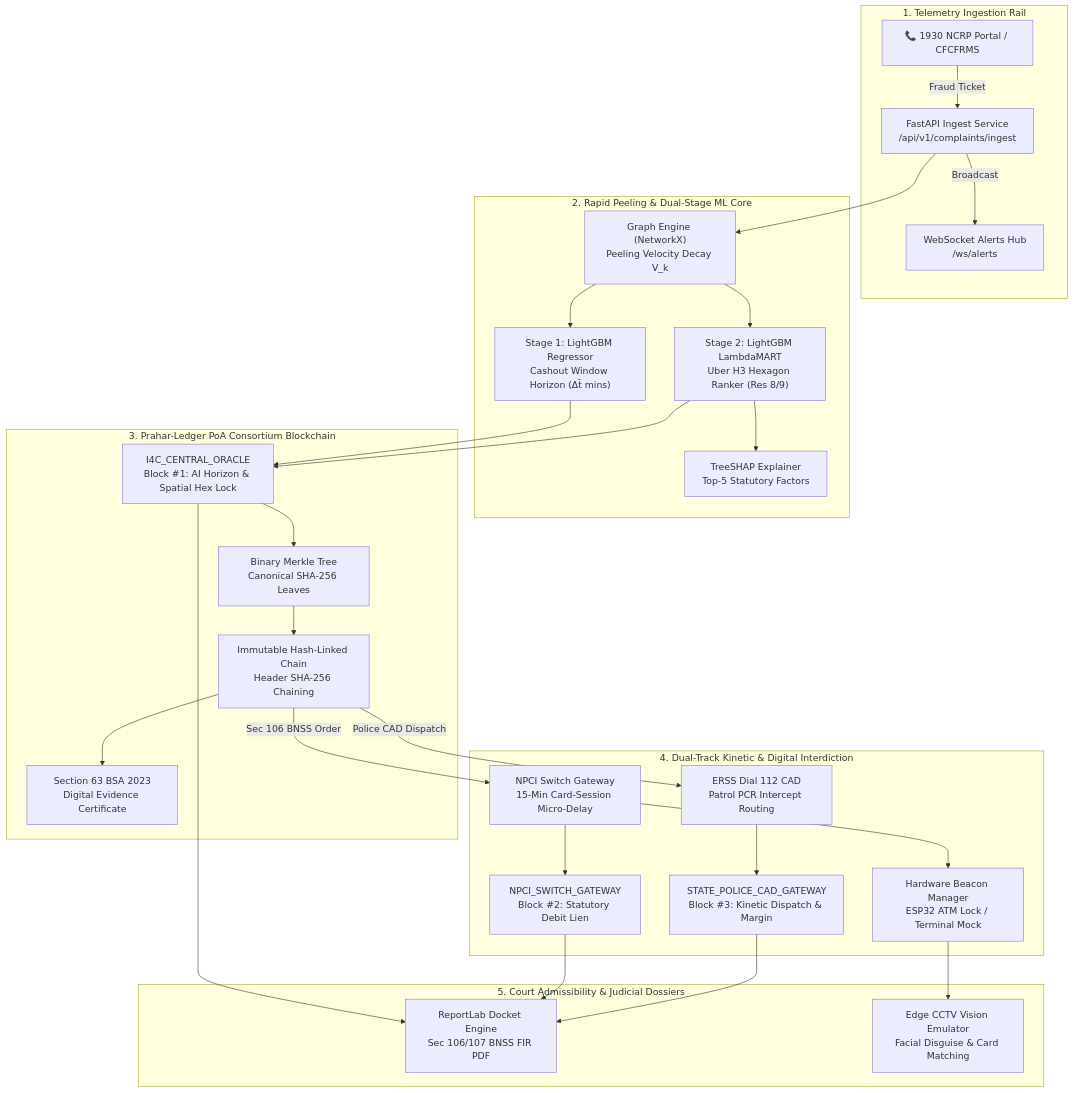
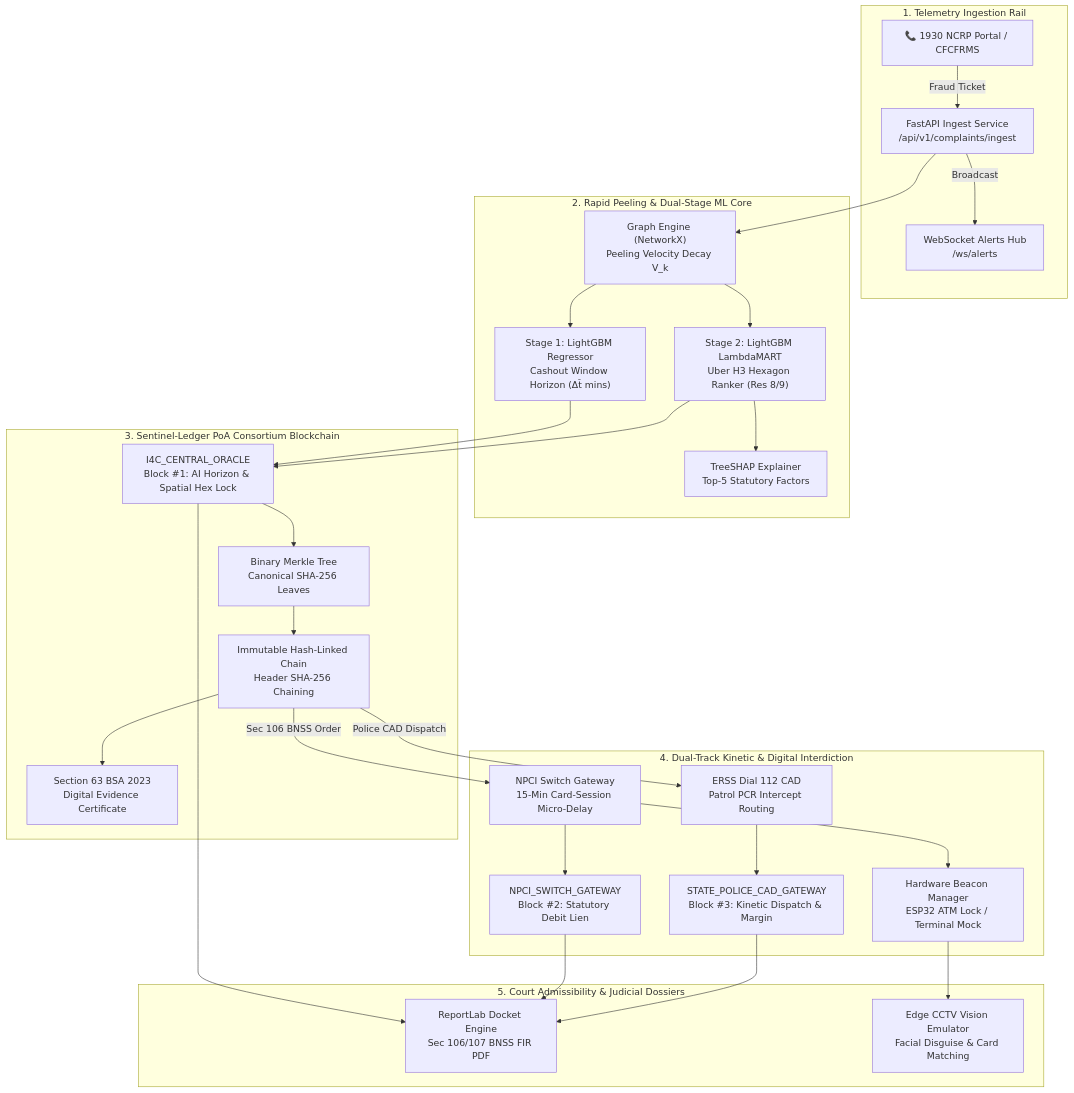
One commit to hemanth2607-cyber/aegis-cyber-cashout changed the diagram in README.md. Above: the diagram before and after it, drawn with Mermaid. The commit also changed other lines of this file and 4 other files, not shown here.

Commit message:
refactor(blockchain): rename Prahar to Sentinel-Ledger across codebase and UI

````diff
--- a/README.md
+++ b/README.md
@@ -275,35 +275,35 @@
 ```mermaid
 graph TD
     subgraph INGESTION["1. Telemetry Ingestion Rail"]
         NCRP["📞 1930 NCRP Portal / CFCFRMS"] -->|Fraud Ticket| API["FastAPI Ingest Service<br/>/api/v1/complaints/ingest"]
         API -->|Broadcast| WS["WebSocket Alerts Hub<br/>/ws/alerts"]
     end
 
     subgraph GRAPH_ML["2. Rapid Peeling & Dual-Stage ML Core"]
         API --> MULE["Graph Engine (NetworkX)<br/>Peeling Velocity Decay V_k"]
         MULE --> STAGE1["Stage 1: LightGBM Regressor<br/>Cashout Window Horizon (Δt̂ mins)"]
         MULE --> STAGE2["Stage 2: LightGBM LambdaMART<br/>Uber H3 Hexagon Ranker (Res 8/9)"]
         STAGE2 --> SHAP["TreeSHAP Explainer<br/>Top-5 Statutory Factors"]
     end
 
-    subgraph BLOCKCHAIN["3. Prahar-Ledger PoA Consortium Blockchain"]
+    subgraph BLOCKCHAIN["3. Sentinel-Ledger PoA Consortium Blockchain"]
         STAGE1 & STAGE2 --> B1["I4C_CENTRAL_ORACLE<br/>Block #1: AI Horizon & Spatial Hex Lock"]
         B1 --> MERKLE["Binary Merkle Tree<br/>Canonical SHA-256 Leaves"]
         MERKLE --> CHAIN["Immutable Hash-Linked Chain<br/>Header SHA-256 Chaining"]
         CHAIN --> BSA["Section 63 BSA 2023<br/>Digital Evidence Certificate"]
     end
 
     subgraph INTERVENTION["4. Dual-Track Kinetic & Digital Interdiction"]
         CHAIN -->|Sec 106 BNSS Order| NPCI["NPCI Switch Gateway<br/>15-Min Card-Session Micro-Delay"]
         NPCI --> B2["NPCI_SWITCH_GATEWAY<br/>Block #2: Statutory Debit Lien"]
         NPCI --> HW["Hardware Beacon Manager<br/>ESP32 ATM Lock / Terminal Mock"]
         
         CHAIN -->|Police CAD Dispatch| CAD["ERSS Dial 112 CAD<br/>Patrol PCR Intercept Routing"]
         CAD --> B3["STATE_POLICE_CAD_GATEWAY<br/>Block #3: Kinetic Dispatch & Margin"]
     end
 
     subgraph LEGAL["5. Court Admissibility & Judicial Dossiers"]
         B1 & B2 & B3 --> DOCKET["ReportLab Docket Engine<br/>Sec 106/107 BNSS FIR PDF"]
         HW --> VISION["Edge CCTV Vision Emulator<br/>Facial Disguise & Card Matching"]
     end
 ```
````
